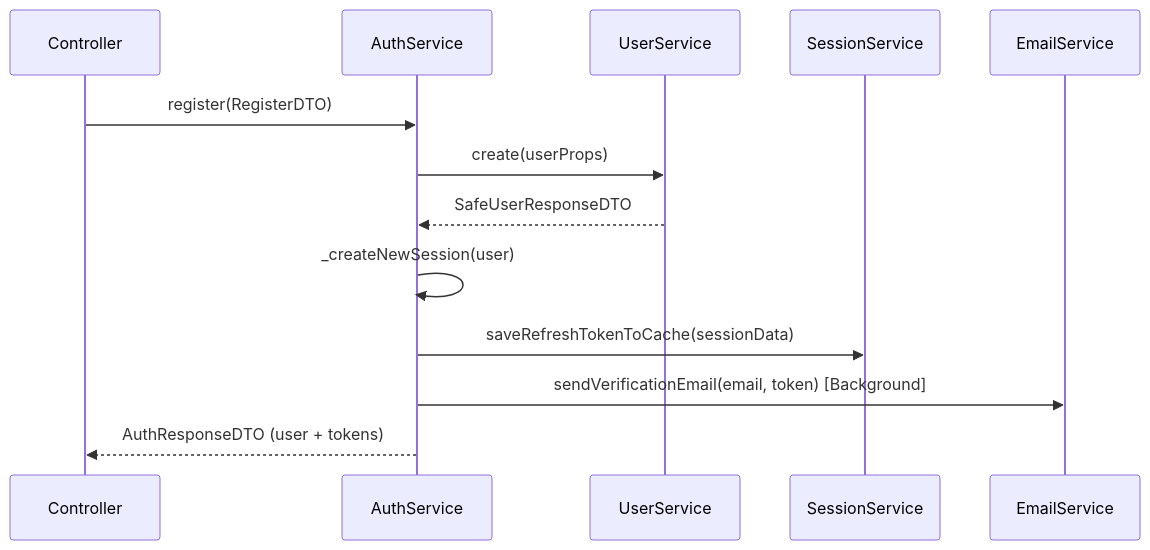
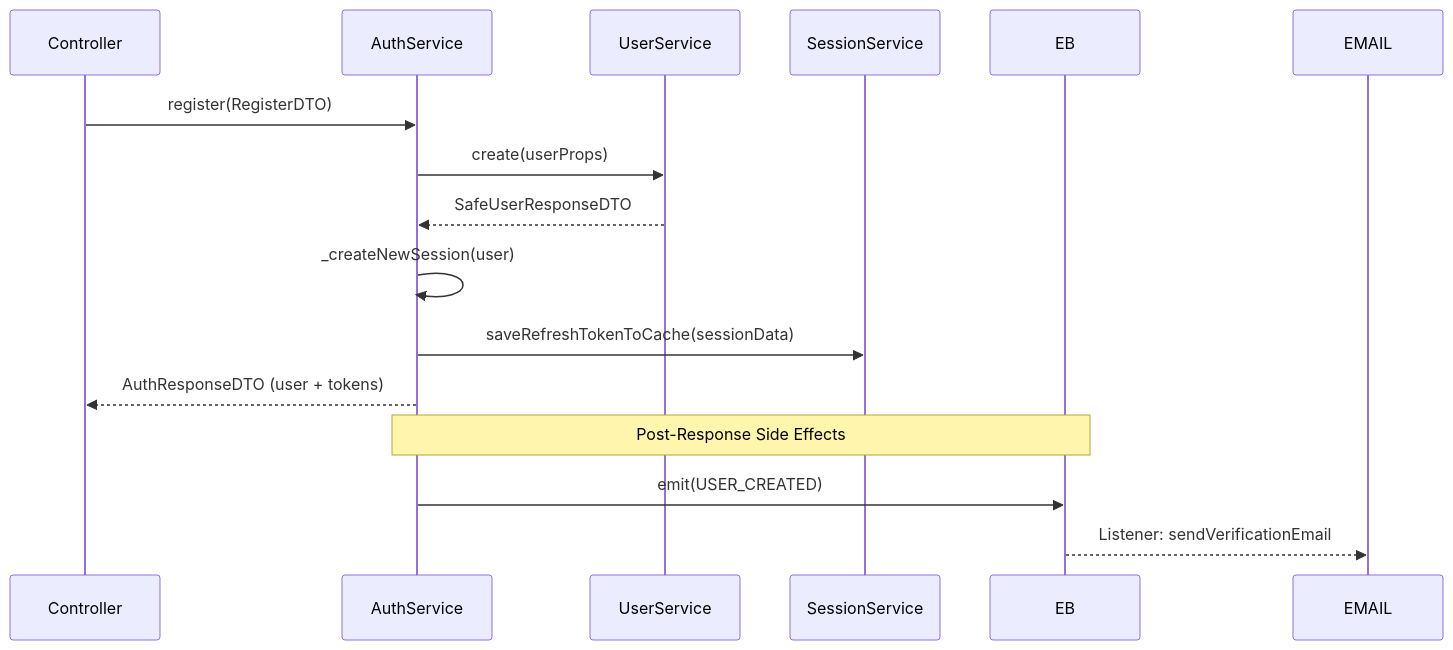
The second of 8 diagrams in server/src/modules/auth/README.md (SangHynh/atomecom), drawn with Mermaid before and after one commit. The commit also changed other lines of this file and 35 other files, not shown here.

First line of the commit message:
refactor: enhance project architecture, security, and error handling

````diff
--- a/server/src/modules/auth/README.md
+++ b/server/src/modules/auth/README.md
@@ -113,16 +114,18 @@
 ```mermaid
 sequenceDiagram
     participant C as Controller
     participant AS as AuthService
     participant US as UserService
     participant SS as SessionService
-    participant EMAIL as EmailService
-
+    
     C->>AS: register(RegisterDTO)
     AS->>US: create(userProps)
     US-->>AS: SafeUserResponseDTO
     AS->>AS: _createNewSession(user)
     AS->>SS: saveRefreshTokenToCache(sessionData)
-    AS->>EMAIL: sendVerificationEmail(email, token) [Background]
     AS-->>C: AuthResponseDTO (user + tokens)
+    
+    Note over AS, EB: Post-Response Side Effects
+    AS->>EB: emit(USER_CREATED)
+    EB-->>EMAIL: Listener: sendVerificationEmail
 ```
````
